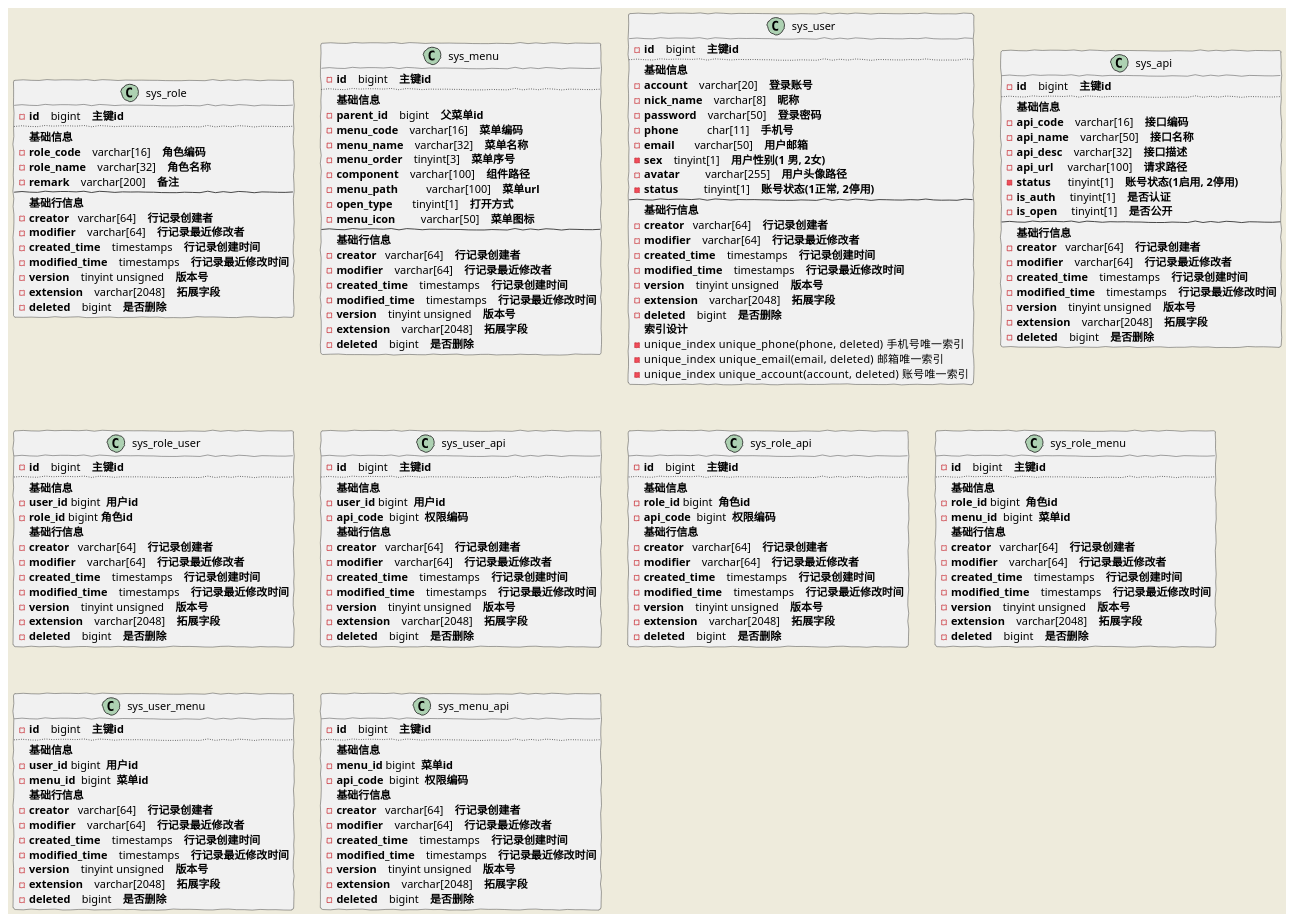
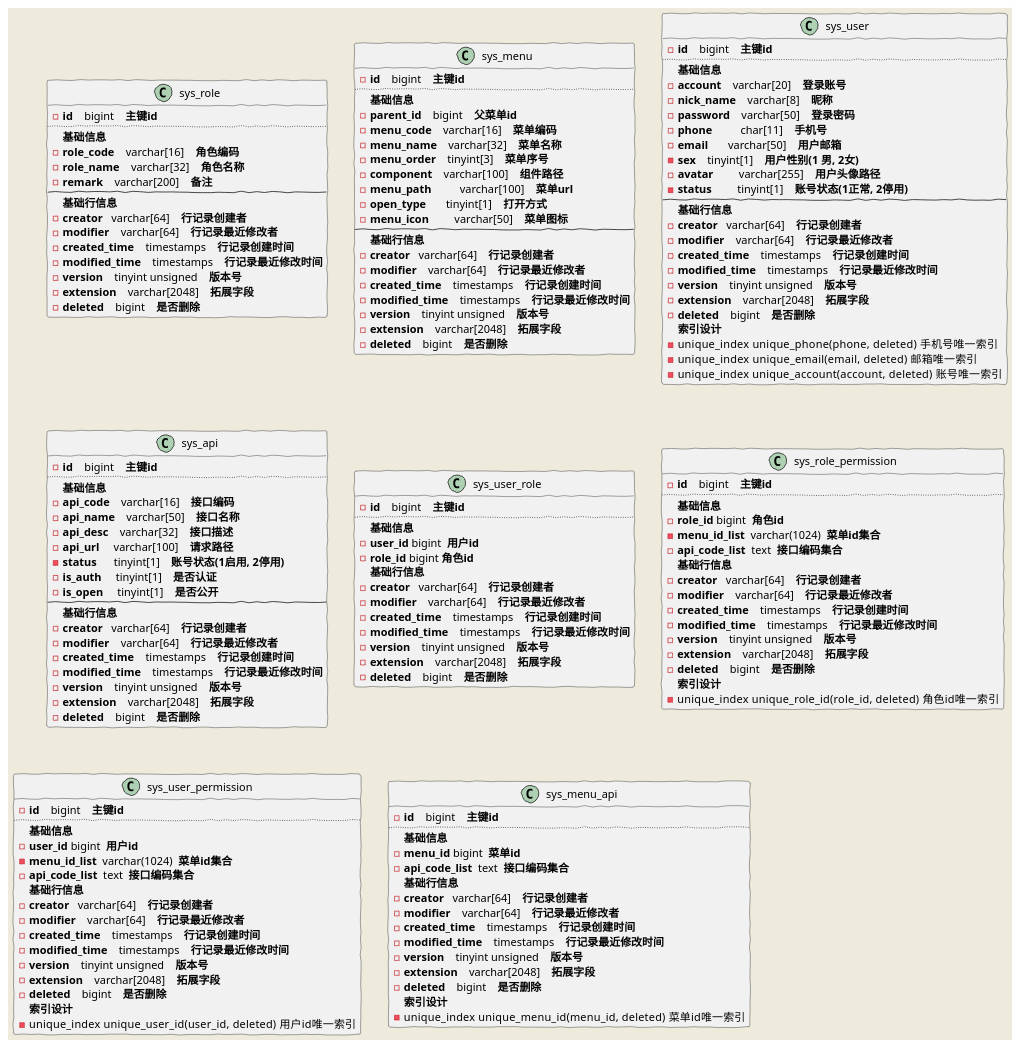
Before and after one commit to Forever1996Fyk/permissions-center: the diagram in doc/权限表结构图.puml, drawn with PlantUML. The commit also changed 41 other files, not shown here.

Commit message:
update: 更新表结构图

```diff
--- a/doc/权限表结构图.puml
+++ b/doc/权限表结构图.puml
@@ -1,191 +1,167 @@
 @startuml
 skinparam handwritten true
 skinparam backgroundColor #EEEBDC
 skinparam actorStyle hollow
 
 class sys_role{
     - **id**    bigint    **主键id**
     ..
      **基础信息**
         - **role_code**    varchar[16]    **角色编码**
         - **role_name**    varchar[32]    **角色名称**
         - **remark**    varchar[200]    **备注**
     --
     **基础行信息**
         - **creator**   varchar[64]    **行记录创建者**
         - **modifier**    varchar[64]    **行记录最近修改者**
         - **created_time**    timestamps    **行记录创建时间**
         - **modified_time**    timestamps    **行记录最近修改时间**
         - **version**    tinyint unsigned    **版本号**
         - **extension**    varchar[2048]    **拓展字段**
         - **deleted**    bigint    **是否删除**
 }
 
 class sys_menu {
     - **id**    bigint    **主键id**
     ..
      **基础信息**
         - **parent_id**    bigint    **父菜单id**
         - **menu_code**    varchar[16]    **菜单编码**
         - **menu_name**    varchar[32]    **菜单名称**
         - **menu_order**    tinyint[3]    **菜单序号**
         - **component**    varchar[100]    **组件路径**
         - **menu_path**          varchar[100]    **菜单url**
         - **open_type**       tinyint[1]    **打开方式**
         - **menu_icon**         varchar[50]    **菜单图标**
     --
     **基础行信息**
         - **creator**   varchar[64]    **行记录创建者**
         - **modifier**    varchar[64]    **行记录最近修改者**
         - **created_time**    timestamps    **行记录创建时间**
         - **modified_time**    timestamps    **行记录最近修改时间**
         - **version**    tinyint unsigned    **版本号**
         - **extension**    varchar[2048]    **拓展字段**
         - **deleted**    bigint    **是否删除**
 }
 
 class sys_user {
     - **id**    bigint    **主键id**
     ..
      **基础信息**
         - **account**    varchar[20]    **登录账号**
         - **nick_name**    varchar[8]    **昵称**
         - **password**    varchar[50]    **登录密码**
         - **phone**          char[11]    **手机号**
         - **email**       varchar[50]    **用户邮箱**
         - **sex**    tinyint[1]    **用户性别(1 男, 2女)**
         - **avatar**         varchar[255]    **用户头像路径**
         - **status**         tinyint[1]    **账号状态(1正常, 2停用)**
     --
     **基础行信息**
         - **creator**   varchar[64]    **行记录创建者**
         - **modifier**    varchar[64]    **行记录最近修改者**
         - **created_time**    timestamps    **行记录创建时间**
         - **modified_time**    timestamps    **行记录最近修改时间**
         - **version**    tinyint unsigned    **版本号**
         - **extension**    varchar[2048]    **拓展字段**
         - **deleted**    bigint    **是否删除**
     **索引设计**
         - unique_index  unique_phone(phone, deleted)    手机号唯一索引
         - unique_index  unique_email(email, deleted)    邮箱唯一索引
         - unique_index  unique_account(account, deleted)    账号唯一索引
 }
 
 class sys_api {
     - **id**    bigint    **主键id**
     ..
      **基础信息**
         - **api_code**    varchar[16]    **接口编码**
         - **api_name**    varchar[50]    **接口名称**
         - **api_desc**    varchar[32]    **接口描述**
         - **api_url**     varchar[100]    **请求路径**
         - **status**      tinyint[1]    **账号状态(1启用, 2停用)**
         - **is_auth**     tinyint[1]    **是否认证**
         - **is_open**     tinyint[1]    **是否公开**
     --
     **基础行信息**
         - **creator**   varchar[64]    **行记录创建者**
         - **modifier**    varchar[64]    **行记录最近修改者**
         - **created_time**    timestamps    **行记录创建时间**
         - **modified_time**    timestamps    **行记录最近修改时间**
         - **version**    tinyint unsigned    **版本号**
         - **extension**    varchar[2048]    **拓展字段**
         - **deleted**    bigint    **是否删除**
 }
 
-class sys_role_user {
+class sys_user_role {
     - **id**    bigint    **主键id**
     ..
     **基础信息**
         - **user_id** bigint  **用户id**
         - **role_id** bigint **角色id**
     **基础行信息**
         - **creator**   varchar[64]    **行记录创建者**
         - **modifier**    varchar[64]    **行记录最近修改者**
         - **created_time**    timestamps    **行记录创建时间**
         - **modified_time**    timestamps    **行记录最近修改时间**
         - **version**    tinyint unsigned    **版本号**
         - **extension**    varchar[2048]    **拓展字段**
         - **deleted**    bigint    **是否删除**
 }
 
-class sys_user_api {
+class sys_role_permission {
     - **id**    bigint    **主键id**
     ..
     **基础信息**
-        - **user_id** bigint  **用户id**
-        - **api_code**  bigint  **权限编码**
+        - **role_id** bigint  **角色id**
+        - **menu_id_list**  varchar(1024)  **菜单id集合**
+        - **api_code_list**  text  **接口编码集合**
     **基础行信息**
         - **creator**   varchar[64]    **行记录创建者**
         - **modifier**    varchar[64]    **行记录最近修改者**
         - **created_time**    timestamps    **行记录创建时间**
         - **modified_time**    timestamps    **行记录最近修改时间**
         - **version**    tinyint unsigned    **版本号**
         - **extension**    varchar[2048]    **拓展字段**
         - **deleted**    bigint    **是否删除**
+    **索引设计**
+        - unique_index  unique_role_id(role_id, deleted)    角色id唯一索引
 }
 
-class sys_role_api {
+class sys_user_permission {
     - **id**    bigint    **主键id**
     ..
     **基础信息**
-        - **role_id** bigint  **角色id**
-        - **api_code**  bigint  **权限编码**
+        - **user_id** bigint  **用户id**
+        - **menu_id_list**  varchar(1024)  **菜单id集合**
+        - **api_code_list**  text  **接口编码集合**
     **基础行信息**
         - **creator**   varchar[64]    **行记录创建者**
         - **modifier**    varchar[64]    **行记录最近修改者**
         - **created_time**    timestamps    **行记录创建时间**
         - **modified_time**    timestamps    **行记录最近修改时间**
         - **version**    tinyint unsigned    **版本号**
         - **extension**    varchar[2048]    **拓展字段**
         - **deleted**    bigint    **是否删除**
+    **索引设计**
+        - unique_index  unique_user_id(user_id, deleted)    用户id唯一索引
 }
 
-class sys_role_menu {
+class sys_menu_api {
     - **id**    bigint    **主键id**
     ..
     **基础信息**
-        - **role_id** bigint  **角色id**
-        - **menu_id**  bigint  **菜单id**
+        - **menu_id** bigint  **菜单id**
+        - **api_code_list**  text  **接口编码集合**
     **基础行信息**
         - **creator**   varchar[64]    **行记录创建者**
         - **modifier**    varchar[64]    **行记录最近修改者**
         - **created_time**    timestamps    **行记录创建时间**
         - **modified_time**    timestamps    **行记录最近修改时间**
         - **version**    tinyint unsigned    **版本号**
         - **extension**    varchar[2048]    **拓展字段**
         - **deleted**    bigint    **是否删除**
-}
-
-class sys_user_menu {
-    - **id**    bigint    **主键id**
-    ..
-    **基础信息**
-        - **user_id** bigint  **用户id**
-        - **menu_id**  bigint  **菜单id**
-    **基础行信息**
-        - **creator**   varchar[64]    **行记录创建者**
-        - **modifier**    varchar[64]    **行记录最近修改者**
-        - **created_time**    timestamps    **行记录创建时间**
-        - **modified_time**    timestamps    **行记录最近修改时间**
-        - **version**    tinyint unsigned    **版本号**
-        - **extension**    varchar[2048]    **拓展字段**
-        - **deleted**    bigint    **是否删除**
-}
-
-class sys_menu_api {
-    - **id**    bigint    **主键id**
-    ..
-    **基础信息**
-        - **menu_id** bigint  **菜单id**
-        - **api_code**  bigint  **权限编码**
-    **基础行信息**
-        - **creator**   varchar[64]    **行记录创建者**
-        - **modifier**    varchar[64]    **行记录最近修改者**
-        - **created_time**    timestamps    **行记录创建时间**
-        - **modified_time**    timestamps    **行记录最近修改时间**
-        - **version**    tinyint unsigned    **版本号**
-        - **extension**    varchar[2048]    **拓展字段**
-        - **deleted**    bigint    **是否删除**
+    **索引设计**
+        - unique_index  unique_menu_id(menu_id, deleted)    菜单id唯一索引
 }
 @enduml
```
